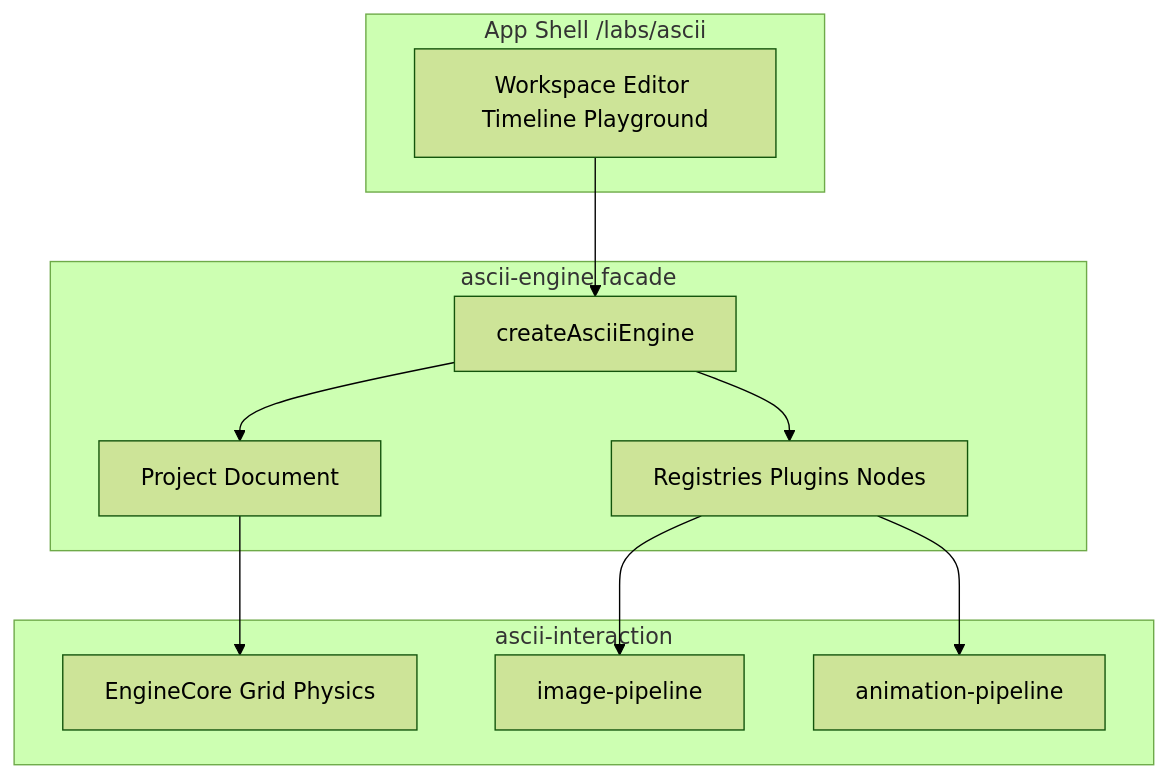
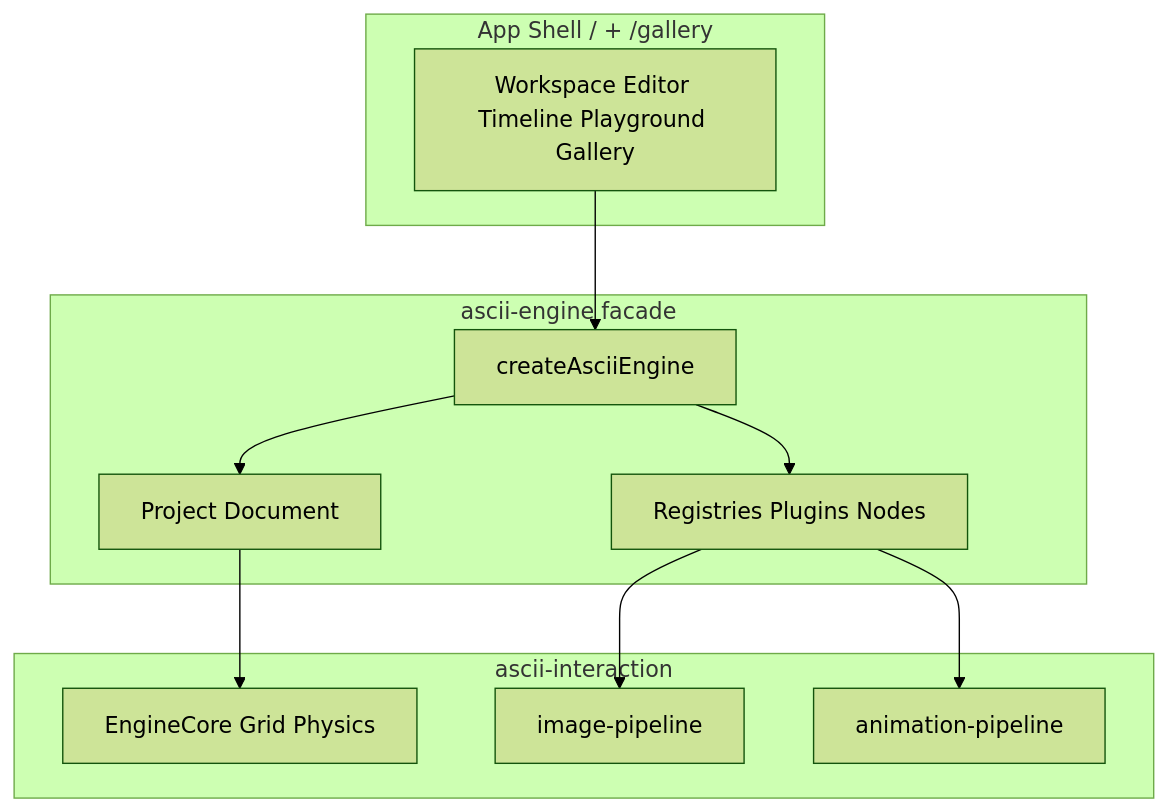
The first of 2 diagrams in docs/architecture/ASCII-ENGINE-PLATFORM.md (GaabDevWeb/Portif-lio), drawn with Mermaid (forest theme) before and after one commit. The commit also changed other lines of this file and 21 other files, not shown here.

````diff
--- a/docs/architecture/ASCII-ENGINE-PLATFORM.md
+++ b/docs/architecture/ASCII-ENGINE-PLATFORM.md
@@ -24,22 +25,22 @@
 ```mermaid
 flowchart TB
-  subgraph shell [App Shell /labs/ascii]
-    UI[Workspace Editor Timeline Playground]
+  subgraph shell [App Shell / + /gallery]
+    UI[Workspace Editor Timeline Playground Gallery]
   end
   subgraph product [ascii-engine facade]
     SDK[createAsciiEngine]
     Reg[Registries Plugins Nodes]
     DocModel[Project Document]
   end
   subgraph runtime [ascii-interaction]
     Core[EngineCore Grid Physics]
     Img[image-pipeline]
     Anim[animation-pipeline]
   end
   UI --> SDK
   SDK --> Reg
   SDK --> DocModel
   Reg --> Img
   Reg --> Anim
   DocModel --> Core
 ```
````
